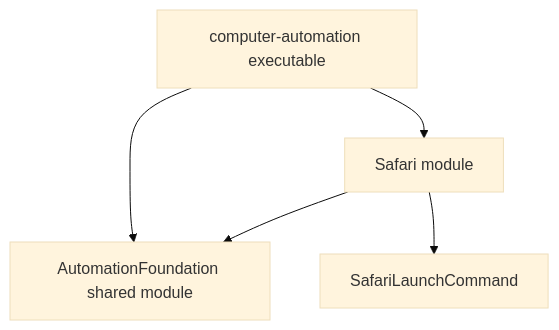
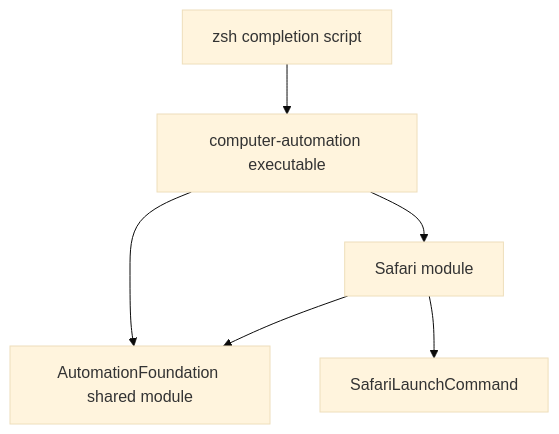
Before and after one commit to Glutexo/computer-automation: the diagram in docs/architecture.md, drawn with Mermaid (base theme). The commit also changed other lines of this file and 8 other files, not shown here.

Commit message:
feat: add zsh completion script generation

````diff
--- a/docs/architecture.md
+++ b/docs/architecture.md
@@ -5,12 +5,14 @@
 ```mermaid
 flowchart TD
     App["computer-automation executable"]
     Foundation["AutomationFoundation shared module"]
+    Zsh["zsh completion script"]
     Safari["Safari module"]
     Launch["SafariLaunchCommand"]
 
     App --> Foundation
+    Zsh --> App
     App --> Safari
     Safari --> Foundation
     Safari --> Launch
 ```
````
